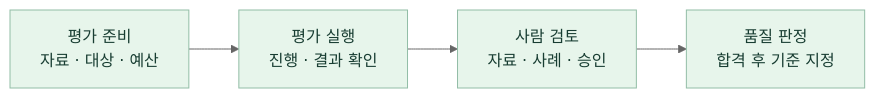
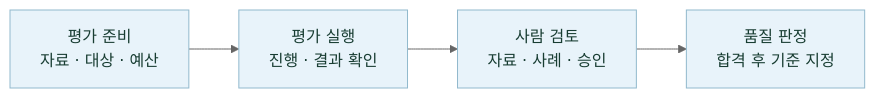
The second of 17 diagrams in README.md (20220348-kim/SKN34-4th-1Team), drawn with Mermaid (neutral theme) before and after one commit. The commit also changed other lines of this file and 1 other file, not shown here.

````diff
--- a/README.md
+++ b/README.md
@@ -79,8 +77,8 @@
 ```mermaid
 flowchart LR
     Setup["평가 준비<br/>자료 · 대상 · 예산"] --> Run["평가 실행<br/>진행 · 결과 확인"]
     Run --> Review["사람 검토<br/>자료 · 사례 · 승인"]
     Review --> Baseline["품질 판정<br/>합격 후 기준 지정"]
-    classDef step fill:#e7f5eb,stroke:#92bda6,color:#183d32
-    class Setup,Run,Review,Baseline step
+    classDef client fill:#e8f3fa,stroke:#91b9cd,color:#183d32
+    class Setup,Run,Review,Baseline client
 ```
````
